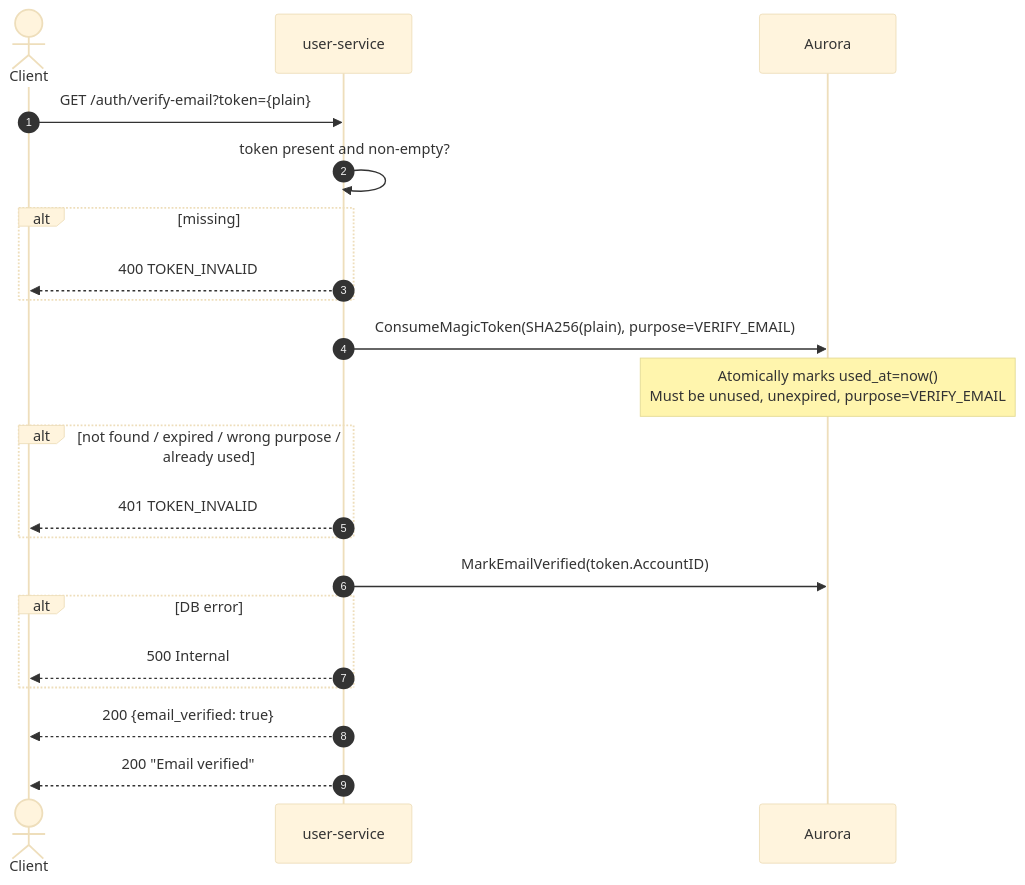
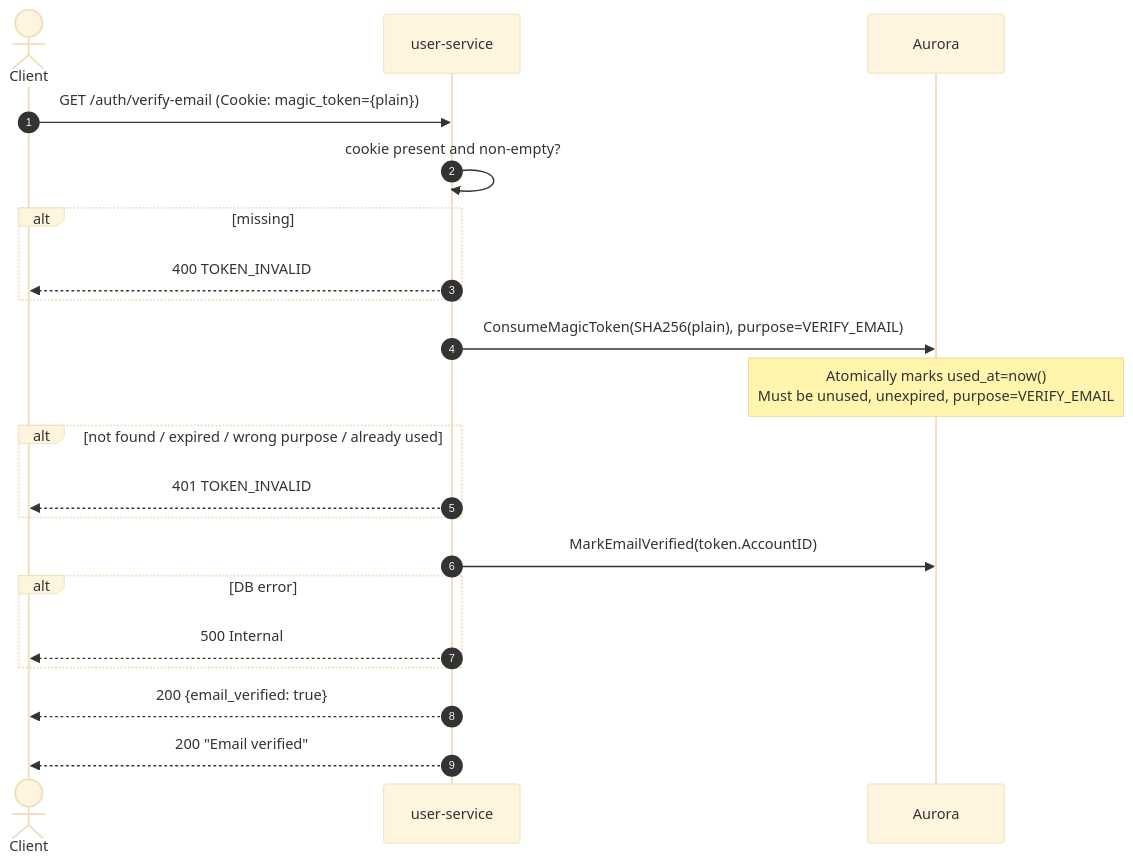
One commit to PTServerJanganTumbang-BookingTicket/be-rusuh-war-ticketing changed the diagram in docs/01-authentication/06-verify-email.md. Above: the diagram before and after it, drawn with Mermaid (base theme). The commit also changed other lines of this file and 3 other files, not shown here.

First line of the commit message:
fix(user): GET /auth/verify-email reads the magic_token cookie again

````diff
--- a/docs/01-authentication/06-verify-email.md
+++ b/docs/01-authentication/06-verify-email.md
@@ -33,27 +33,27 @@
 ```mermaid
 sequenceDiagram
     autonumber
     actor C as Client
     participant H as user-service
     participant DB as Aurora
 
-    C->>H: GET /auth/verify-email?token={plain}
-    H->>H: token present and non-empty?
+    C->>H: GET /auth/verify-email (Cookie: magic_token={plain})
+    H->>H: cookie present and non-empty?
     alt missing
         H-->>C: 400 TOKEN_INVALID
     end
 
     H->>DB: ConsumeMagicToken(SHA256(plain), purpose=VERIFY_EMAIL)
     note over DB: Atomically marks used_at=now()<br/>Must be unused, unexpired, purpose=VERIFY_EMAIL
     alt not found / expired / wrong purpose / already used
         H-->>C: 401 TOKEN_INVALID
     end
 
     H->>DB: MarkEmailVerified(token.AccountID)
     alt DB error
         H-->>C: 500 Internal
     end
 
     H-->>C: 200 {email_verified: true}
     H-->>C: 200 "Email verified"
 ```
````
